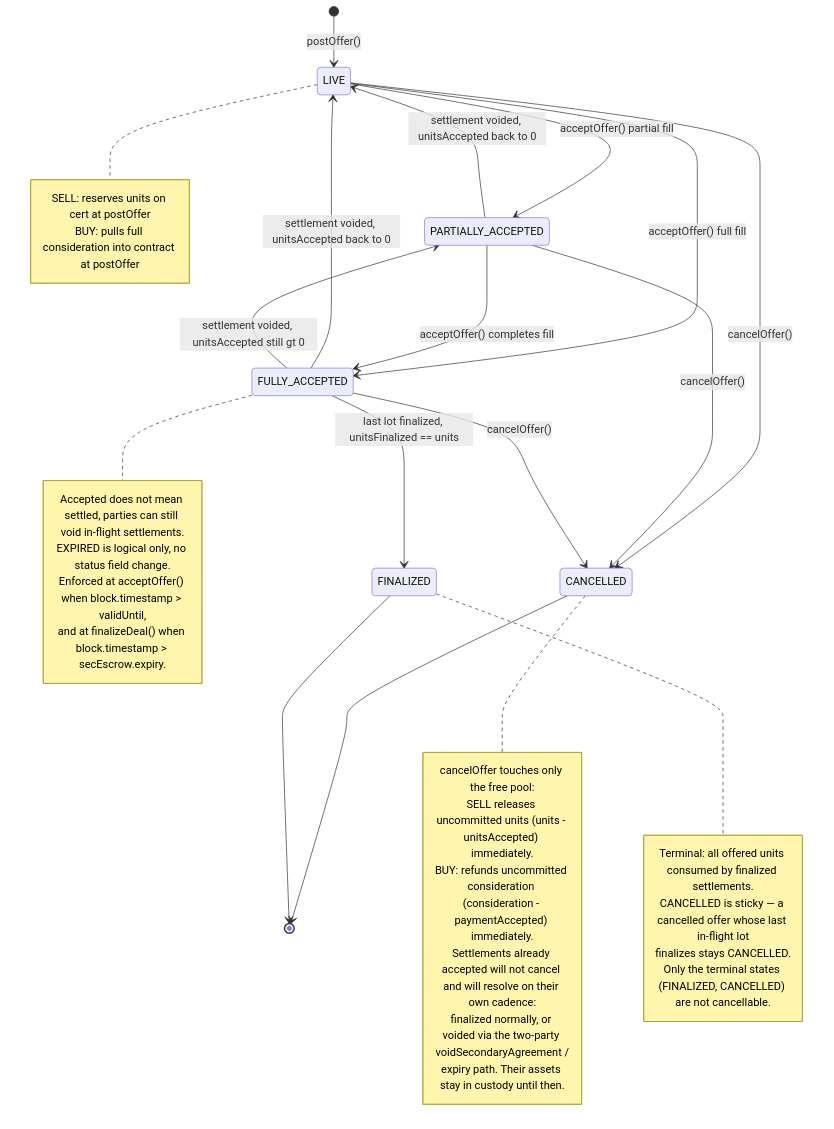
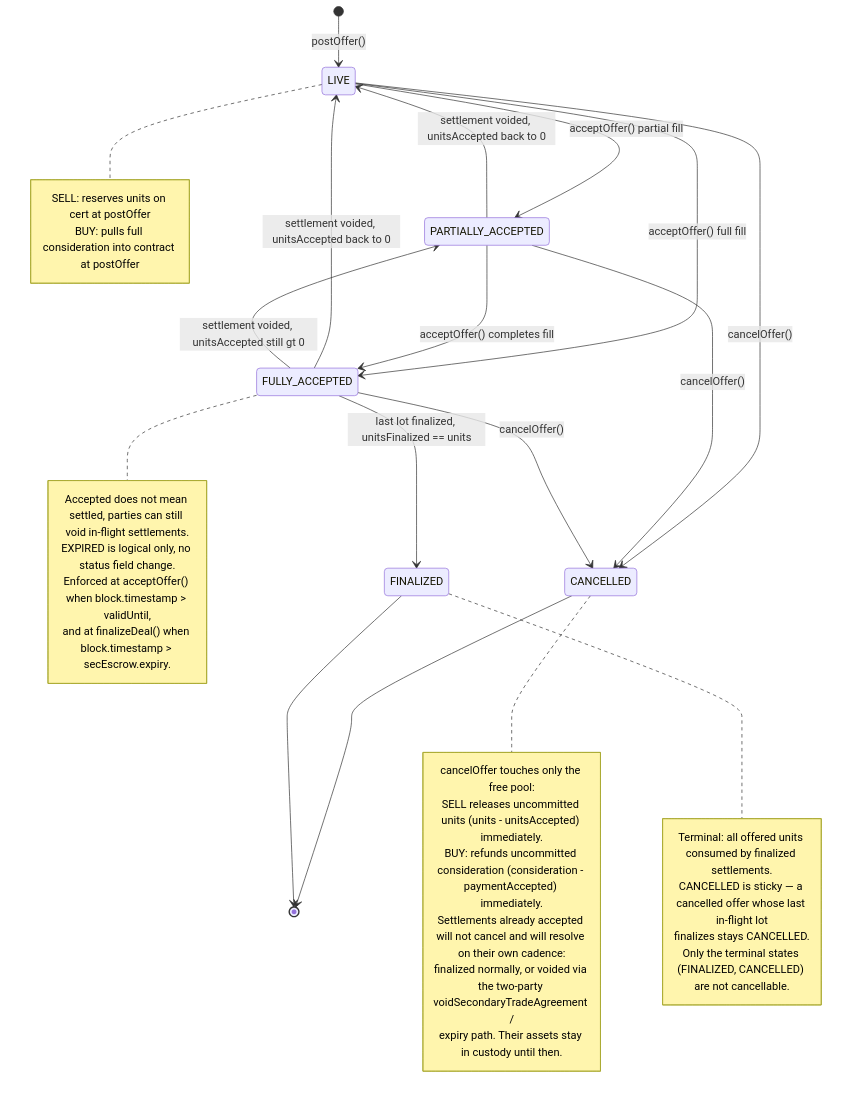
One commit to MetaLex-Tech/cybercorps-contracts changed the first of 6 diagrams in specs/analysis/dealManager secondary trades.md. Above: the diagram before and after it, drawn with Mermaid. The commit also changed other lines of this file and 8 other files, not shown here.

Commit message:
feat: clean separation between primary and secondary trade functions and events

````diff
--- a/specs/analysis/dealManager secondary trades.md
+++ b/specs/analysis/dealManager secondary trades.md
@@ -10,40 +10,40 @@
 ```mermaid
 stateDiagram-v2
     [*] --> LIVE: postOffer()
     LIVE --> CANCELLED: cancelOffer()
     PARTIALLY_ACCEPTED --> CANCELLED: cancelOffer()
     FULLY_ACCEPTED --> CANCELLED: cancelOffer()
     LIVE --> PARTIALLY_ACCEPTED: acceptOffer() partial fill
     LIVE --> FULLY_ACCEPTED: acceptOffer() full fill
     PARTIALLY_ACCEPTED --> FULLY_ACCEPTED: acceptOffer() completes fill
     PARTIALLY_ACCEPTED --> LIVE: settlement voided, unitsAccepted back to 0
     FULLY_ACCEPTED --> LIVE: settlement voided, unitsAccepted back to 0
     FULLY_ACCEPTED --> PARTIALLY_ACCEPTED: settlement voided, unitsAccepted still gt 0
     FULLY_ACCEPTED --> FINALIZED: last lot finalized, unitsFinalized == units
     CANCELLED --> [*]
     FINALIZED --> [*]
     note right of LIVE
         SELL: reserves units on cert at postOffer
         BUY: pulls full consideration into contract at postOffer
     end note
     note right of CANCELLED
         cancelOffer touches only the free pool:
         SELL releases uncommitted units (units - unitsAccepted) immediately.
         BUY: refunds uncommitted consideration (consideration - paymentAccepted) immediately.
         Settlements already accepted will not cancel and will resolve on their own cadence:
-        finalized normally, or voided via the two-party voidSecondaryAgreement /
+        finalized normally, or voided via the two-party voidSecondaryTradeAgreement /
         expiry path. Their assets stay in custody until then.
     end note
     note right of FINALIZED
         Terminal: all offered units consumed by finalized settlements.
         CANCELLED is sticky — a cancelled offer whose last in-flight lot
         finalizes stays CANCELLED.
         Only the terminal states (FINALIZED, CANCELLED) are not cancellable.
     end note
     note right of FULLY_ACCEPTED
         Accepted does not mean settled, parties can still void in-flight settlements.
         EXPIRED is logical only, no status field change.
         Enforced at acceptOffer() when block.timestamp > validUntil,
         and at finalizeDeal() when block.timestamp > secEscrow.expiry.
     end note
 ```
````
